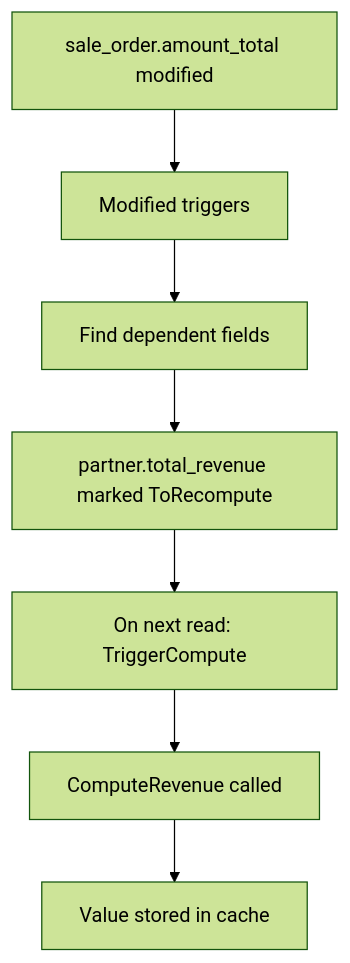
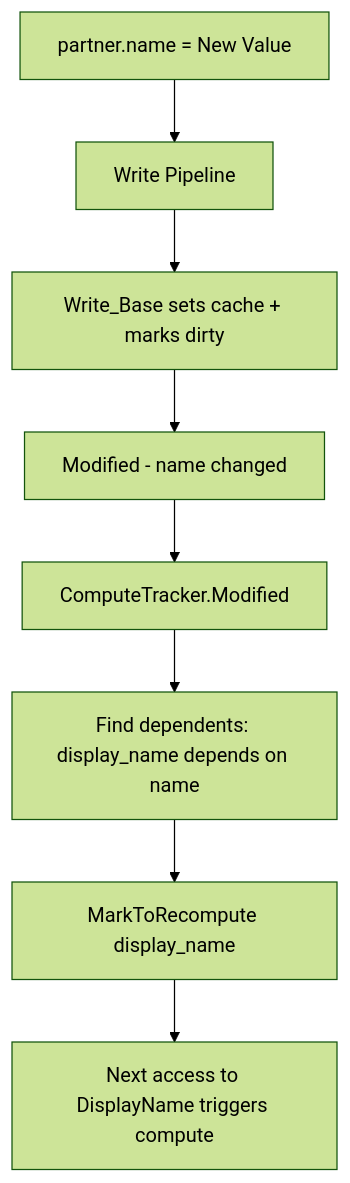
The seventh of 8 diagrams in docs/WRITE_CREATE_PIPELINE_ARCHITECTURE.md (otenycom/netpy), drawn with Mermaid (forest theme) before and after one commit. The commit also changed other lines of this file, not shown here.

Commit message:
updated plan for write/create

````diff
--- a/docs/WRITE_CREATE_PIPELINE_ARCHITECTURE.md
+++ b/docs/WRITE_CREATE_PIPELINE_ARCHITECTURE.md
@@ -593,9 +730,10 @@
 ```mermaid
 graph TD
-    A[sale_order.amount_total modified] --> B[Modified triggers]
-    B --> C[Find dependent fields]
-    C --> D[partner.total_revenue marked ToRecompute]
-    D --> E[On next read: TriggerCompute]
-    E --> F[ComputeRevenue called]
-    F --> G[Value stored in cache]
+    A[partner.name = New Value] --> B[Write Pipeline]
+    B --> C[Write_Base sets cache + marks dirty]
+    C --> D[Modified - name changed]
+    D --> E[ComputeTracker.Modified]
+    E --> F[Find dependents: display_name depends on name]
+    F --> G[MarkToRecompute display_name]
+    G --> H[Next access to DisplayName triggers compute]
 ```
````
